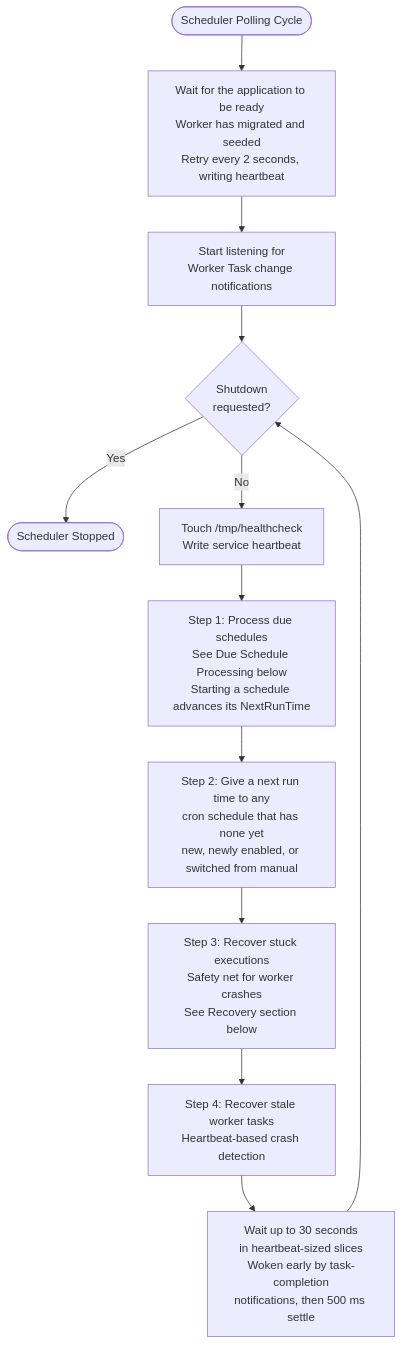
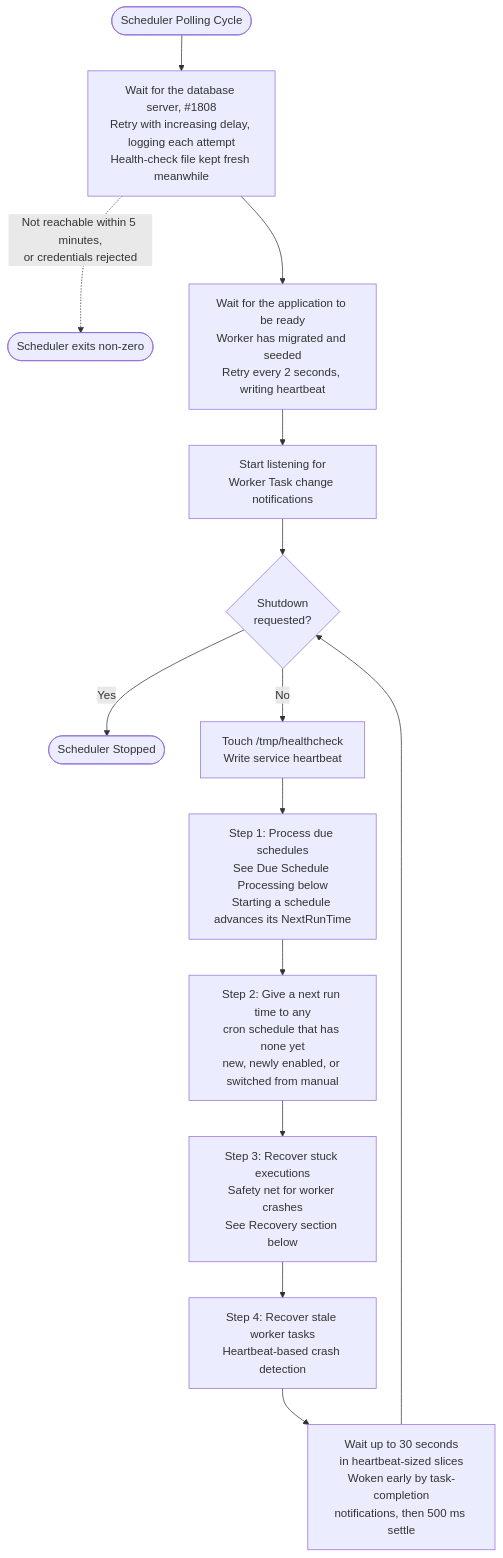
The second of 8 diagrams in docs/developer/diagrams/SCHEDULE_EXECUTION_LIFECYCLE.md (TetronIO/JIM), drawn with Mermaid before and after one commit. The commit also changed other lines of this file and 28 other files, not shown here.

First line of the commit message:
docs: update documentation and diagrams for v0.16.0 release

````diff
--- a/docs/developer/diagrams/SCHEDULE_EXECUTION_LIFECYCLE.md
+++ b/docs/developer/diagrams/SCHEDULE_EXECUTION_LIFECYCLE.md
@@ -44,16 +44,18 @@
 ```mermaid
 flowchart TD
-    Start([Scheduler Polling Cycle]) --> WaitDb[Wait for the application to be ready<br/>Worker has migrated and seeded<br/>Retry every 2 seconds, writing heartbeat]
+    Start([Scheduler Polling Cycle]) --> WaitServer[Wait for the database server, #1808<br/>Retry with increasing delay, logging each attempt<br/>Health-check file kept fresh meanwhile]
+    WaitServer -.->|Not reachable within 5 minutes,<br/>or credentials rejected| ExitFail([Scheduler exits non-zero])
+    WaitServer --> WaitDb[Wait for the application to be ready<br/>Worker has migrated and seeded<br/>Retry every 2 seconds, writing heartbeat]
     WaitDb --> Listen[Start listening for<br/>Worker Task change notifications]
     Listen --> PollLoop{Shutdown<br/>requested?}
 
     PollLoop -->|Yes| End([Scheduler Stopped])
     PollLoop -->|No| Heartbeat[Touch /tmp/healthcheck<br/>Write service heartbeat]
     Heartbeat --> Step1[Step 1: Process due schedules<br/>See Due Schedule Processing below<br/>Starting a schedule advances its NextRunTime]
 
     Step1 --> Step2[Step 2: Give a next run time to any<br/>cron schedule that has none yet<br/>new, newly enabled, or switched from manual]
     Step2 --> Step3[Step 3: Recover stuck executions<br/>Safety net for worker crashes<br/>See Recovery section below]
     Step3 --> Step4[Step 4: Recover stale worker tasks<br/>Heartbeat-based crash detection]
     Step4 --> Sleep[Wait up to 30 seconds<br/>in heartbeat-sized slices<br/>Woken early by task-completion<br/>notifications, then 500 ms settle]
     Sleep --> PollLoop
 ```
````
